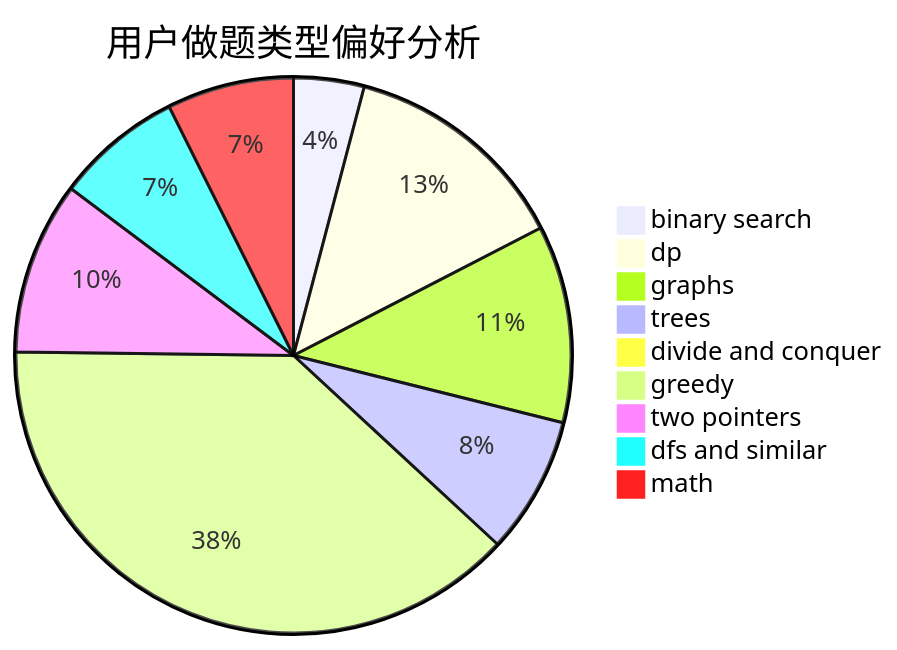
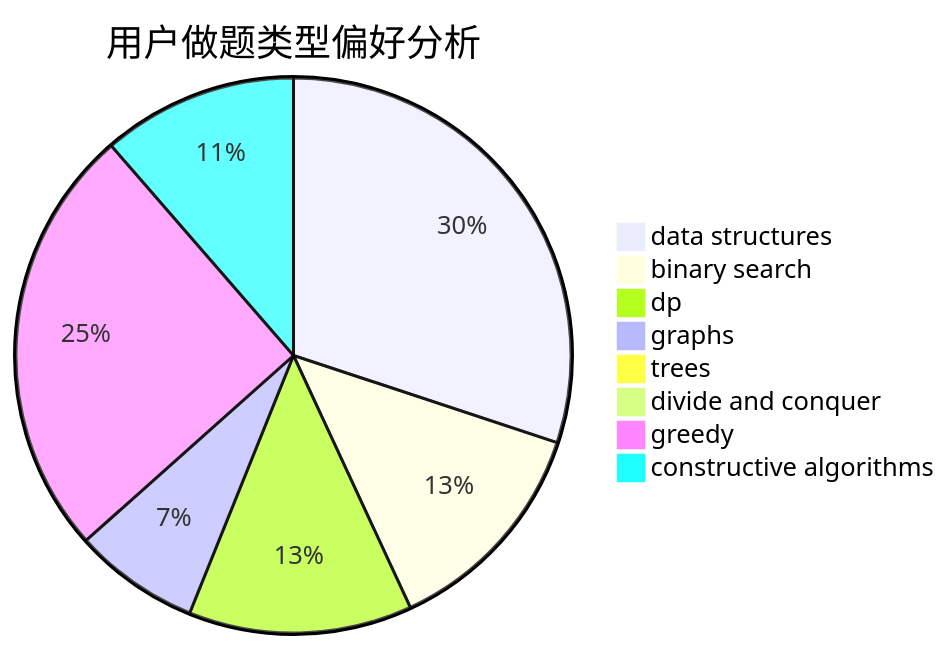
Before and after one commit to sherpahu/cfrs.github.io: the second of 3 diagrams in docs/user/u2180.md, drawn with Mermaid. The commit also changed other lines of this file and 2775 other files, not shown here.

````diff
--- a/docs/user/u2180.md
+++ b/docs/user/u2180.md
@@ -23,12 +23,11 @@
 ```mermaid
 pie title 用户做题类型偏好分析
-    "binary search" :  20
-    "dp" :  65
-    "graphs" :  56
-    "trees" :  39
+    "data structures" :  37
+    "binary search" :  16
+    "dp" :  16
+    "graphs" :  9
+    "trees" :  1
     "divide and conquer" :  0
-    "greedy" :  187
-    "two pointers" :  49
-    "dfs and similar" :  36
-    "math" :  36
+    "greedy" :  31
+    "constructive algorithms" :  14
 ```
````
